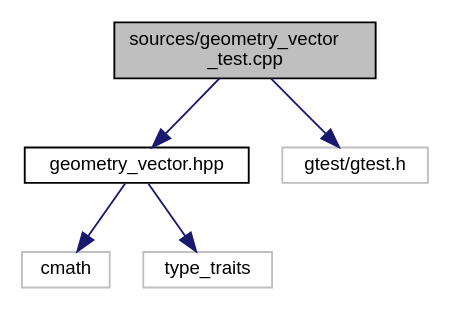
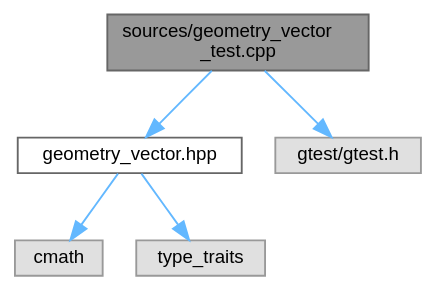
Before and after one commit to eliogovea/dev-env-cpp: the diagram in dev/documentation/geometry__vector__test_8cpp__incl.dot, drawn with Graphviz. The commit also changed 247 other files, not shown here.

```diff
--- a/dev/documentation/geometry__vector__test_8cpp__incl.dot
+++ b/dev/documentation/geometry__vector__test_8cpp__incl.dot
@@ -1,15 +1,16 @@
 digraph "sources/geometry_vector_test.cpp"
 {
  // LATEX_PDF_SIZE
-  edge [fontname="Helvetica",fontsize="10",labelfontname="Helvetica",labelfontsize="10"];
-  node [fontname="Helvetica",fontsize="10",shape=record];
-  Node1 [label="sources/geometry_vector\l_test.cpp",height=0.2,width=0.4,color="black", fillcolor="grey75", style="filled", fontcolor="black",tooltip=" "];
-  Node1 -> Node2 [color="midnightblue",fontsize="10",style="solid",fontname="Helvetica"];
-  Node2 [label="geometry_vector.hpp",height=0.2,width=0.4,color="black", fillcolor="white", style="filled",URL="$geometry__vector_8hpp.html",tooltip=" "];
-  Node2 -> Node3 [color="midnightblue",fontsize="10",style="solid",fontname="Helvetica"];
-  Node3 [label="cmath",height=0.2,width=0.4,color="grey75", fillcolor="white", style="filled",tooltip=" "];
-  Node2 -> Node4 [color="midnightblue",fontsize="10",style="solid",fontname="Helvetica"];
-  Node4 [label="type_traits",height=0.2,width=0.4,color="grey75", fillcolor="white", style="filled",tooltip=" "];
-  Node1 -> Node5 [color="midnightblue",fontsize="10",style="solid",fontname="Helvetica"];
-  Node5 [label="gtest/gtest.h",height=0.2,width=0.4,color="grey75", fillcolor="white", style="filled",tooltip=" "];
+  bgcolor="transparent";
+  edge [fontname=Helvetica,fontsize=10,labelfontname=Helvetica,labelfontsize=10];
+  node [fontname=Helvetica,fontsize=10,shape=box,height=0.2,width=0.4];
+  Node1 [id="Node000001",label="sources/geometry_vector\l_test.cpp",height=0.2,width=0.4,color="gray40", fillcolor="grey60", style="filled", fontcolor="black",tooltip=" "];
+  Node1 -> Node2 [id="edge1_Node000001_Node000002",color="steelblue1",style="solid",tooltip=" "];
+  Node2 [id="Node000002",label="geometry_vector.hpp",height=0.2,width=0.4,color="grey40", fillcolor="white", style="filled",URL="$geometry__vector_8hpp.html",tooltip=" "];
+  Node2 -> Node3 [id="edge2_Node000002_Node000003",color="steelblue1",style="solid",tooltip=" "];
+  Node3 [id="Node000003",label="cmath",height=0.2,width=0.4,color="grey60", fillcolor="#E0E0E0", style="filled",tooltip=" "];
+  Node2 -> Node4 [id="edge3_Node000002_Node000004",color="steelblue1",style="solid",tooltip=" "];
+  Node4 [id="Node000004",label="type_traits",height=0.2,width=0.4,color="grey60", fillcolor="#E0E0E0", style="filled",tooltip=" "];
+  Node1 -> Node5 [id="edge4_Node000001_Node000005",color="steelblue1",style="solid",tooltip=" "];
+  Node5 [id="Node000005",label="gtest/gtest.h",height=0.2,width=0.4,color="grey60", fillcolor="#E0E0E0", style="filled",tooltip=" "];
 }
```
